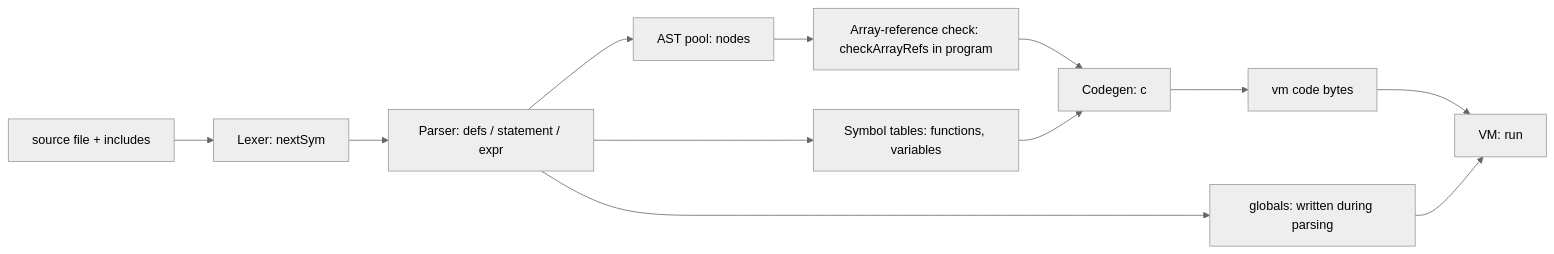
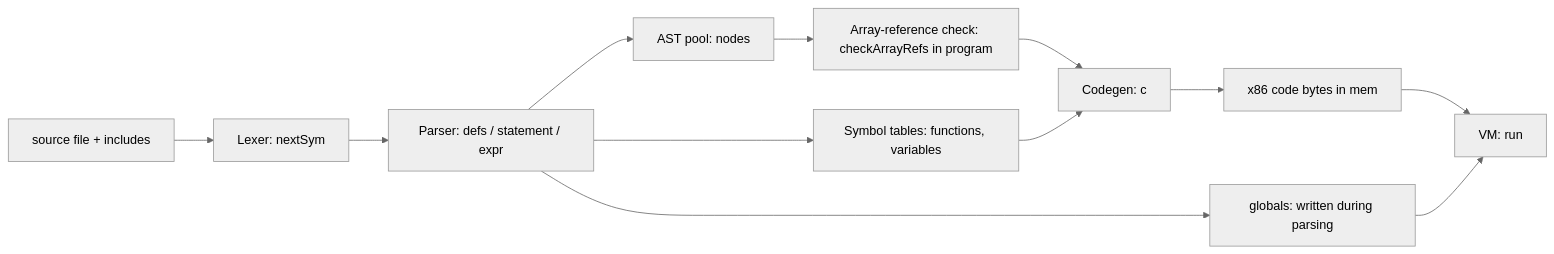
One commit to CCurl/mc changed the diagram in TechnicalOverview.md. Above: the diagram before and after it, drawn with Mermaid (neutral theme). The commit also changed other lines of this file and 6 other files, not shown here.

````diff
--- a/TechnicalOverview.md
+++ b/TechnicalOverview.md
@@ -5,14 +5,14 @@
 ```mermaid
 flowchart LR
     A[source file + includes] --> B[Lexer: nextSym]
     B --> C[Parser: defs / statement / expr]
     C --> D[AST pool: nodes]
     C --> E[Symbol tables: functions, variables]
     C --> K[globals: written during parsing]
     D --> F[Array-reference check: checkArrayRefs in program]
     F --> G[Codegen: c]
     E --> G
-    G --> H[vm code bytes]
+    G --> H[x86 code bytes in mem]
     H --> J[VM: run]
     K --> J
 ```
````
